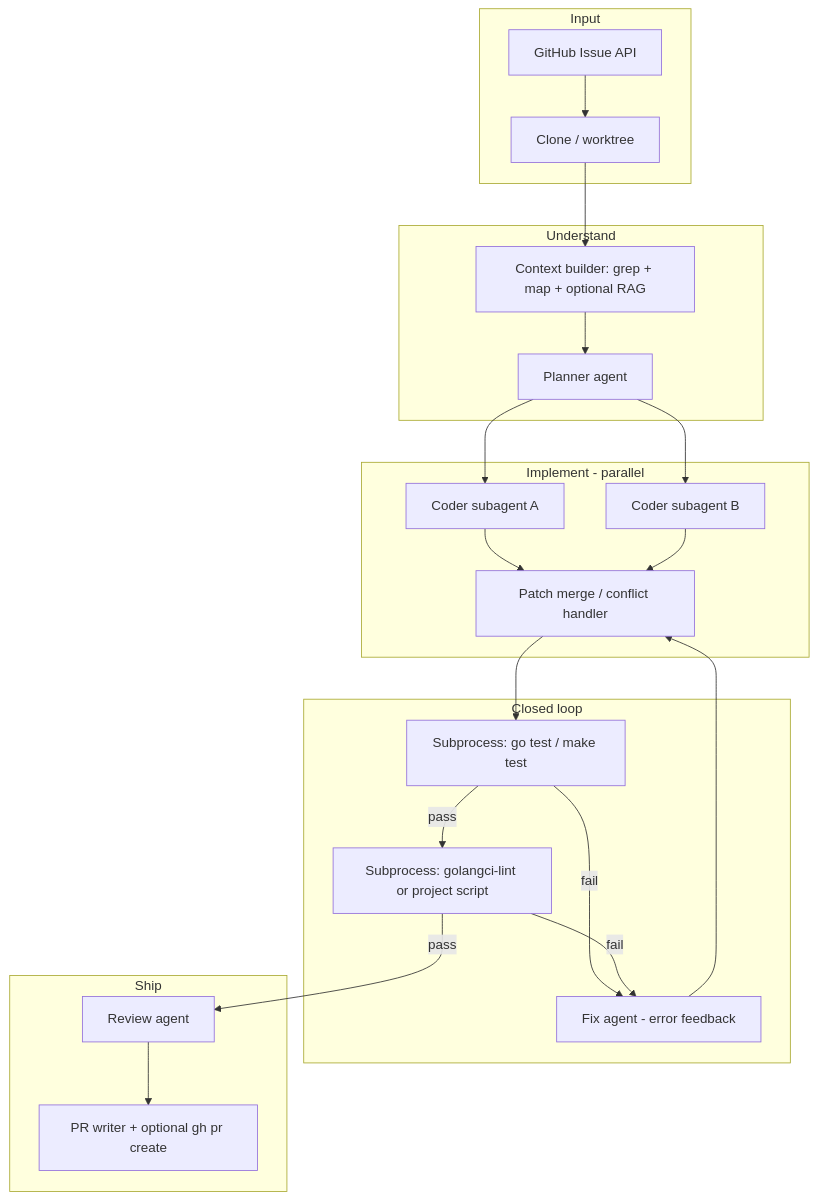
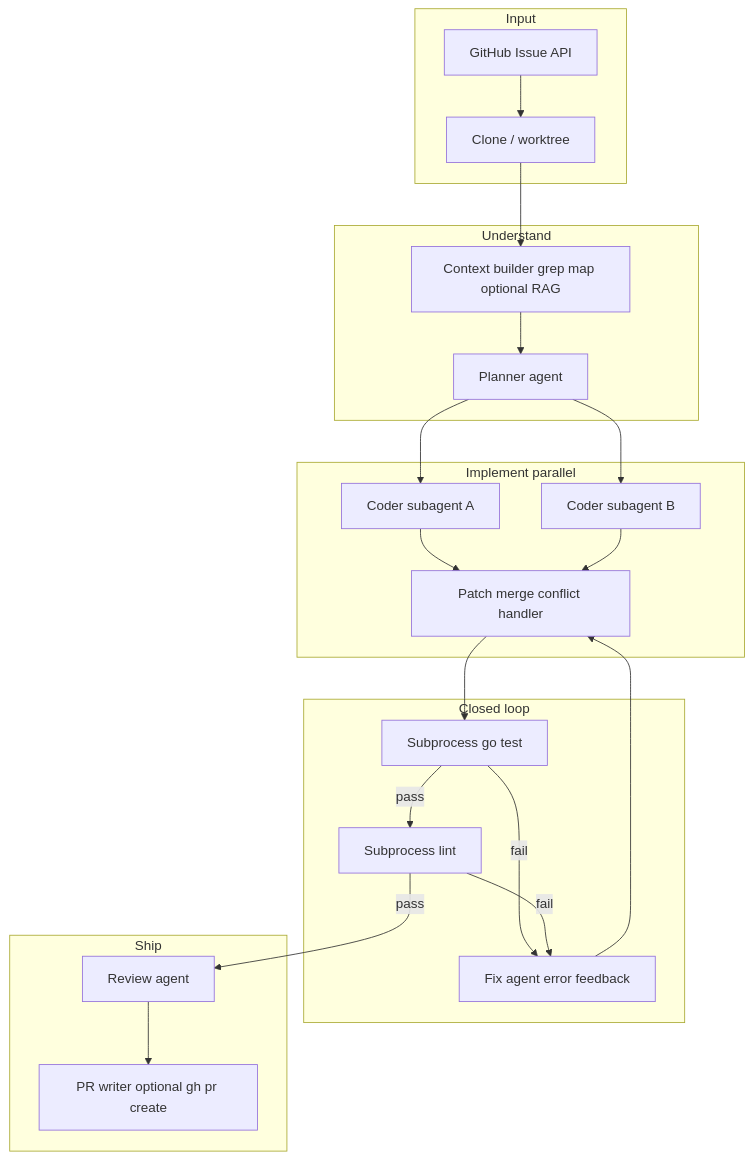
Before and after one commit to DarshanCode2005/Go-PR-Bot: the first of 4 diagrams in docs/ARCHITECTURE.md, drawn with Mermaid. The commit also changed other lines of this file and 6 other files, not shown here.

````diff
--- a/docs/ARCHITECTURE.md
+++ b/docs/ARCHITECTURE.md
@@ -19,37 +7,37 @@
 ```mermaid
 flowchart TB
   subgraph input [Input]
     GH[GitHub Issue API]
     CLONE[Clone / worktree]
   end
 
   subgraph understand [Understand]
-    CTX[Context builder: grep + map + optional RAG]
+    CTX[Context builder grep map optional RAG]
     PLAN[Planner agent]
   end
 
-  subgraph implement [Implement - parallel]
+  subgraph implement [Implement parallel]
     C1[Coder subagent A]
     C2[Coder subagent B]
-    MERGE[Patch merge / conflict handler]
+    MERGE[Patch merge conflict handler]
   end
 
   subgraph validate [Closed loop]
-    TEST[Subprocess: go test / make test]
-    LINT[Subprocess: golangci-lint or project script]
-    FIX[Fix agent - error feedback]
+    TEST[Subprocess go test]
+    LINT[Subprocess lint]
+    FIX[Fix agent error feedback]
   end
 
   subgraph ship [Ship]
     REV[Review agent]
-    PR[PR writer + optional gh pr create]
+    PR[PR writer optional gh pr create]
   end
 
   GH --> CLONE --> CTX --> PLAN
   PLAN --> C1 & C2 --> MERGE
   MERGE --> TEST
   TEST -->|fail| FIX --> MERGE
   TEST -->|pass| LINT
   LINT -->|fail| FIX
   LINT -->|pass| REV --> PR
 ```
````
